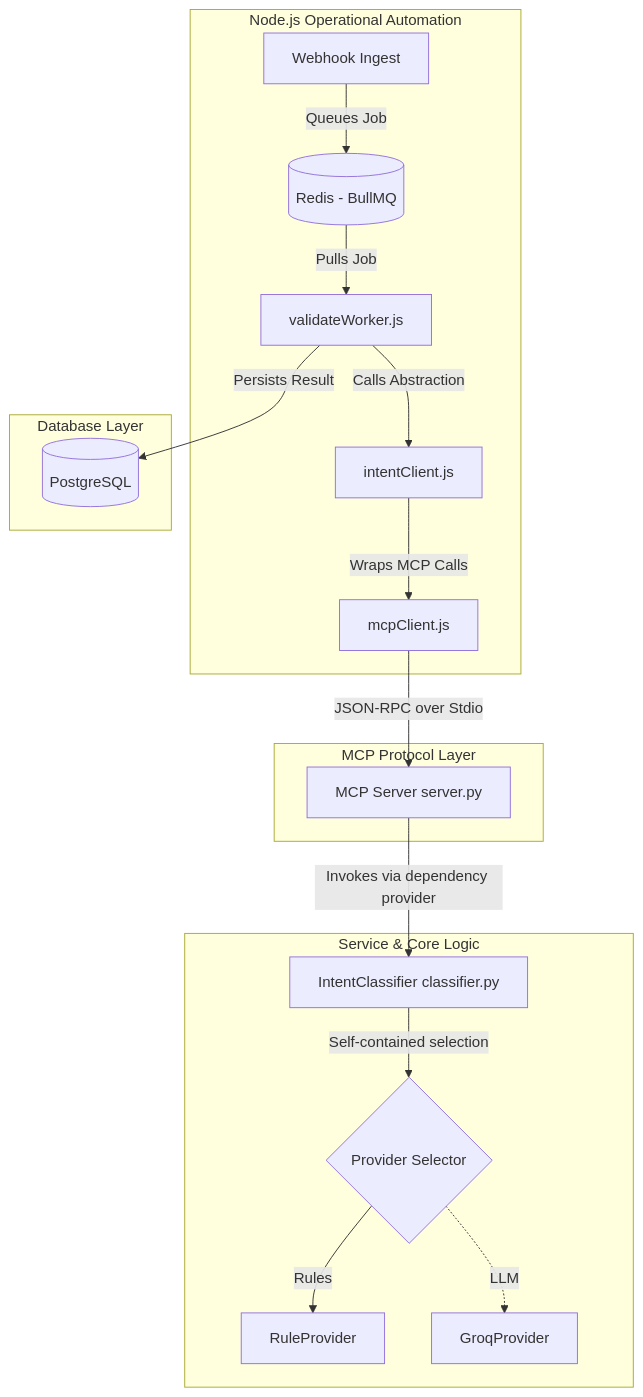
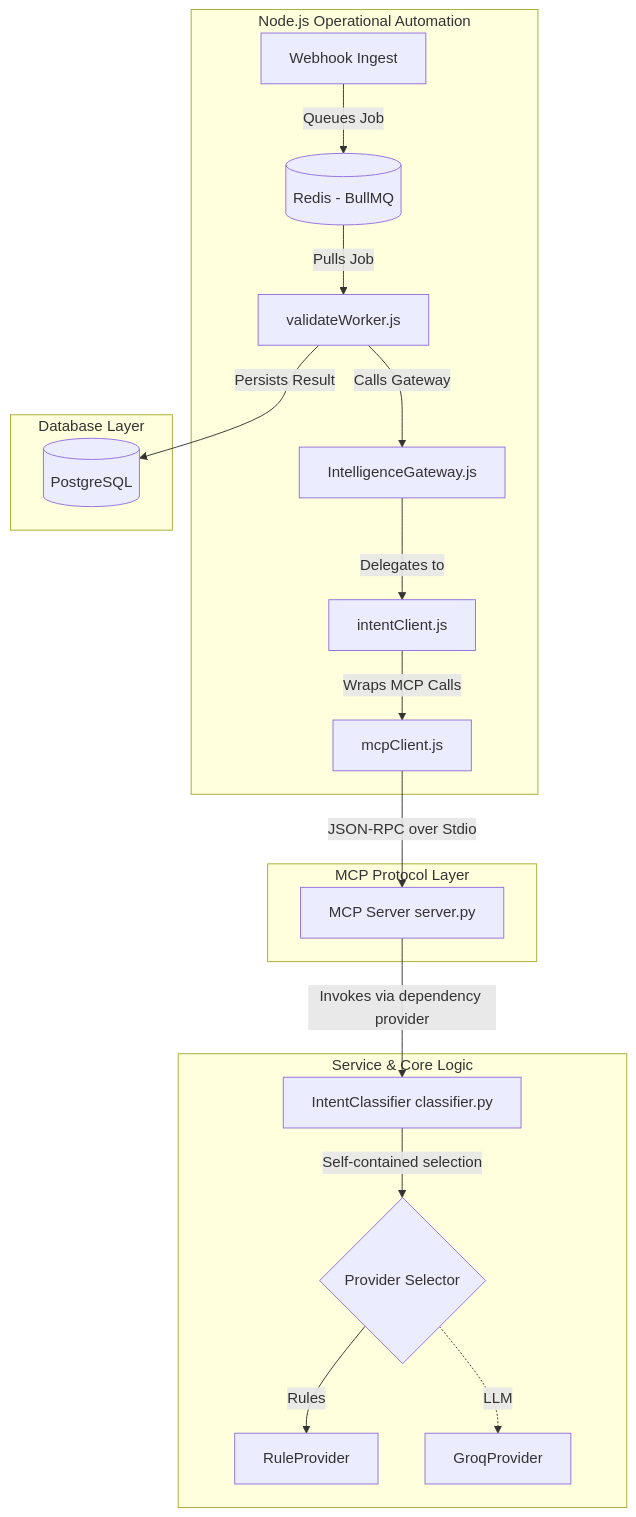
One commit to haiderNafiz/meridian-copilot changed the diagram in Implementation_plan/implementation_plan_intent_classification_v1.md. Above: the diagram before and after it, drawn with Mermaid. The commit also changed other lines of this file and 25 other files, not shown here.

````diff
--- a/Implementation_plan/implementation_plan_intent_classification_v1.md
+++ b/Implementation_plan/implementation_plan_intent_classification_v1.md
@@ -9,24 +9,25 @@
 ```mermaid
 graph TD
     subgraph Node.js Layer [Node.js Operational Automation]
         A[Webhook Ingest] -->|Queues Job| B[(Redis - BullMQ)]
         B -->|Pulls Job| C[validateWorker.js]
-        C -->|Calls Abstraction| D[intentClient.js]
+        C -->|Calls Gateway| G[IntelligenceGateway.js]
+        G -->|Delegates to| D[intentClient.js]
         D -->|Wraps MCP Calls| E[mcpClient.js]
     end
 
     subgraph Transport Adapter [MCP Protocol Layer]
         E -->|JSON-RPC over Stdio| F[MCP Server server.py]
     end
 
     subgraph Python Intelligence [Service & Core Logic]
-        F -->|Invokes via dependency provider| G[IntentClassifier classifier.py]
-        G -->|Self-contained selection| H{Provider Selector}
-        H -->|Rules| I[RuleProvider]
-        H -.->|LLM| J[GroqProvider]
+        F -->|Invokes via dependency provider| H[IntentClassifier classifier.py]
+        H -->|Self-contained selection| I{Provider Selector}
+        I -->|Rules| J[RuleProvider]
+        I -.->|LLM| K[GroqProvider]
     end
 
     subgraph Database Layer
-        C -->|Persists Result| K[(PostgreSQL)]
+        C -->|Persists Result| L[(PostgreSQL)]
     end
 ```
````
